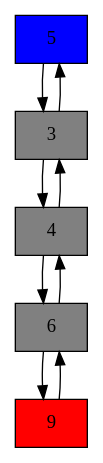
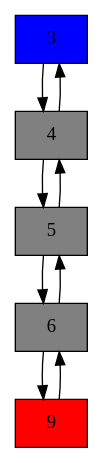
One commit to JoseTg1904/ConferenciaEDDLineales changed the diagram in graficos/doble2.dot. Above: the diagram before and after it, drawn with Graphviz. The commit also changed 9 other files, not shown here.

```diff
--- a/graficos/doble2.dot
+++ b/graficos/doble2.dot
@@ -1,16 +1,16 @@
 digraph grafico{
 node [style = "filled" shape = "box"]
-"<clases.nodoDoble.NodoDoble object at 0x000001702EC752B0>" [label = "5" fillcolor = "blue"]
-"<clases.nodoDoble.NodoDoble object at 0x000001702EC752B0>" -> "<clases.nodoDoble.NodoDoble object at 0x000001702EC75130>"
-"<clases.nodoDoble.NodoDoble object at 0x000001702EC75130>" [label = "3" fillcolor = "gray"]
-"<clases.nodoDoble.NodoDoble object at 0x000001702EC75130>" -> "<clases.nodoDoble.NodoDoble object at 0x000001702EC752B0>"
-"<clases.nodoDoble.NodoDoble object at 0x000001702EC75130>" -> "<clases.nodoDoble.NodoDoble object at 0x000001702EB27790>"
-"<clases.nodoDoble.NodoDoble object at 0x000001702EB27790>" [label = "4" fillcolor = "gray"]
-"<clases.nodoDoble.NodoDoble object at 0x000001702EB27790>" -> "<clases.nodoDoble.NodoDoble object at 0x000001702EC75130>"
-"<clases.nodoDoble.NodoDoble object at 0x000001702EB27790>" -> "<clases.nodoDoble.NodoDoble object at 0x000001702EB27730>"
-"<clases.nodoDoble.NodoDoble object at 0x000001702EB27730>" [label = "6" fillcolor = "gray"]
-"<clases.nodoDoble.NodoDoble object at 0x000001702EB27730>" -> "<clases.nodoDoble.NodoDoble object at 0x000001702EB27790>"
-"<clases.nodoDoble.NodoDoble object at 0x000001702EB27730>" -> "<clases.nodoDoble.NodoDoble object at 0x000001702EC75280>"
-"<clases.nodoDoble.NodoDoble object at 0x000001702EC75280>" [label = "9" fillcolor = "red"]
-"<clases.nodoDoble.NodoDoble object at 0x000001702EC75280>" -> "<clases.nodoDoble.NodoDoble object at 0x000001702EB27730>"
+"<clases.nodoDoble.NodoDoble object at 0x7fb0f6a1c190>" [label = "3" fillcolor = "blue"]
+"<clases.nodoDoble.NodoDoble object at 0x7fb0f6a1c190>" -> "<clases.nodoDoble.NodoDoble object at 0x7fb0f6a140d0>"
+"<clases.nodoDoble.NodoDoble object at 0x7fb0f6a140d0>" [label = "4" fillcolor = "gray"]
+"<clases.nodoDoble.NodoDoble object at 0x7fb0f6a140d0>" -> "<clases.nodoDoble.NodoDoble object at 0x7fb0f6a1c190>"
+"<clases.nodoDoble.NodoDoble object at 0x7fb0f6a140d0>" -> "<clases.nodoDoble.NodoDoble object at 0x7fb0f6a1c250>"
+"<clases.nodoDoble.NodoDoble object at 0x7fb0f6a1c250>" [label = "5" fillcolor = "gray"]
+"<clases.nodoDoble.NodoDoble object at 0x7fb0f6a1c250>" -> "<clases.nodoDoble.NodoDoble object at 0x7fb0f6a140d0>"
+"<clases.nodoDoble.NodoDoble object at 0x7fb0f6a1c250>" -> "<clases.nodoDoble.NodoDoble object at 0x7fb0f6a1c100>"
+"<clases.nodoDoble.NodoDoble object at 0x7fb0f6a1c100>" [label = "6" fillcolor = "gray"]
+"<clases.nodoDoble.NodoDoble object at 0x7fb0f6a1c100>" -> "<clases.nodoDoble.NodoDoble object at 0x7fb0f6a1c250>"
+"<clases.nodoDoble.NodoDoble object at 0x7fb0f6a1c100>" -> "<clases.nodoDoble.NodoDoble object at 0x7fb0f6a1c1c0>"
+"<clases.nodoDoble.NodoDoble object at 0x7fb0f6a1c1c0>" [label = "9" fillcolor = "red"]
+"<clases.nodoDoble.NodoDoble object at 0x7fb0f6a1c1c0>" -> "<clases.nodoDoble.NodoDoble object at 0x7fb0f6a1c100>"
 }
```
